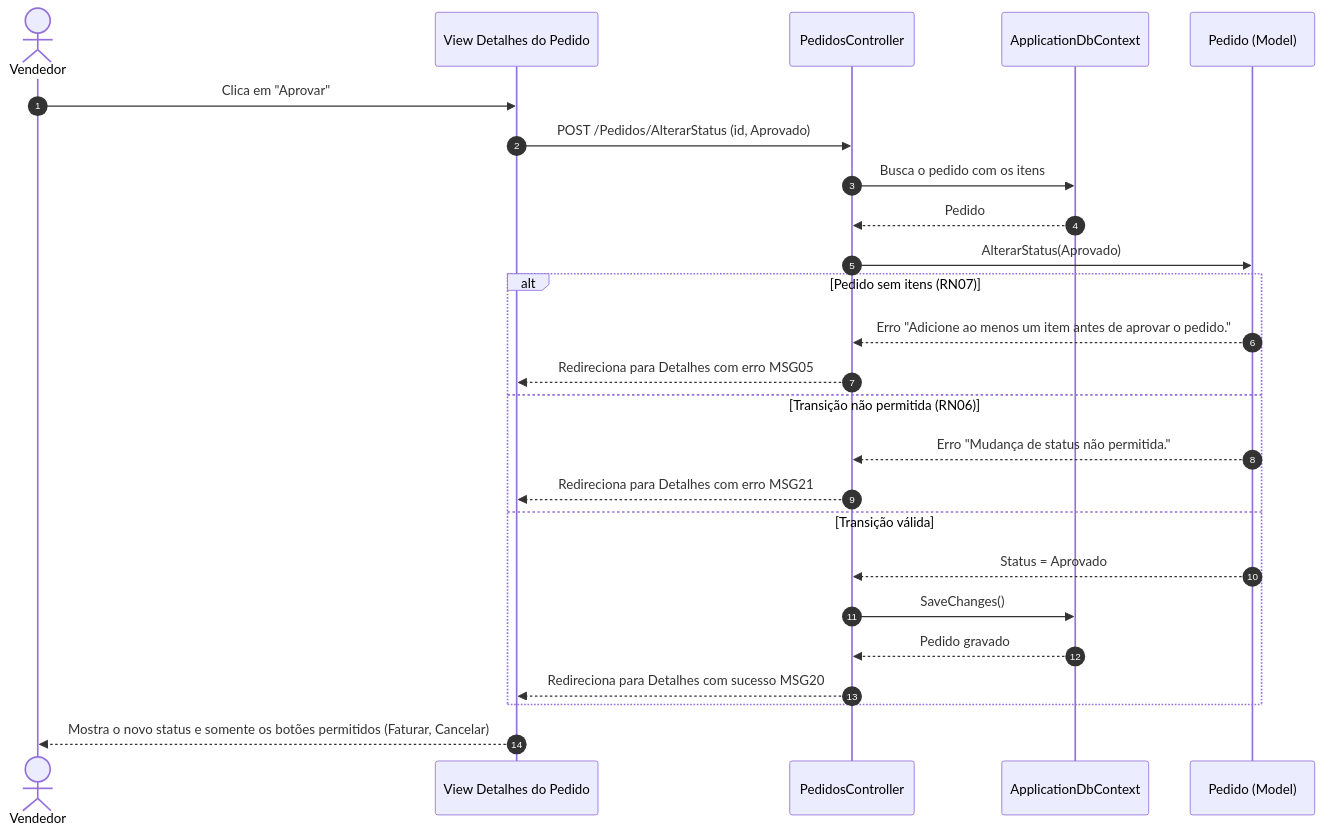
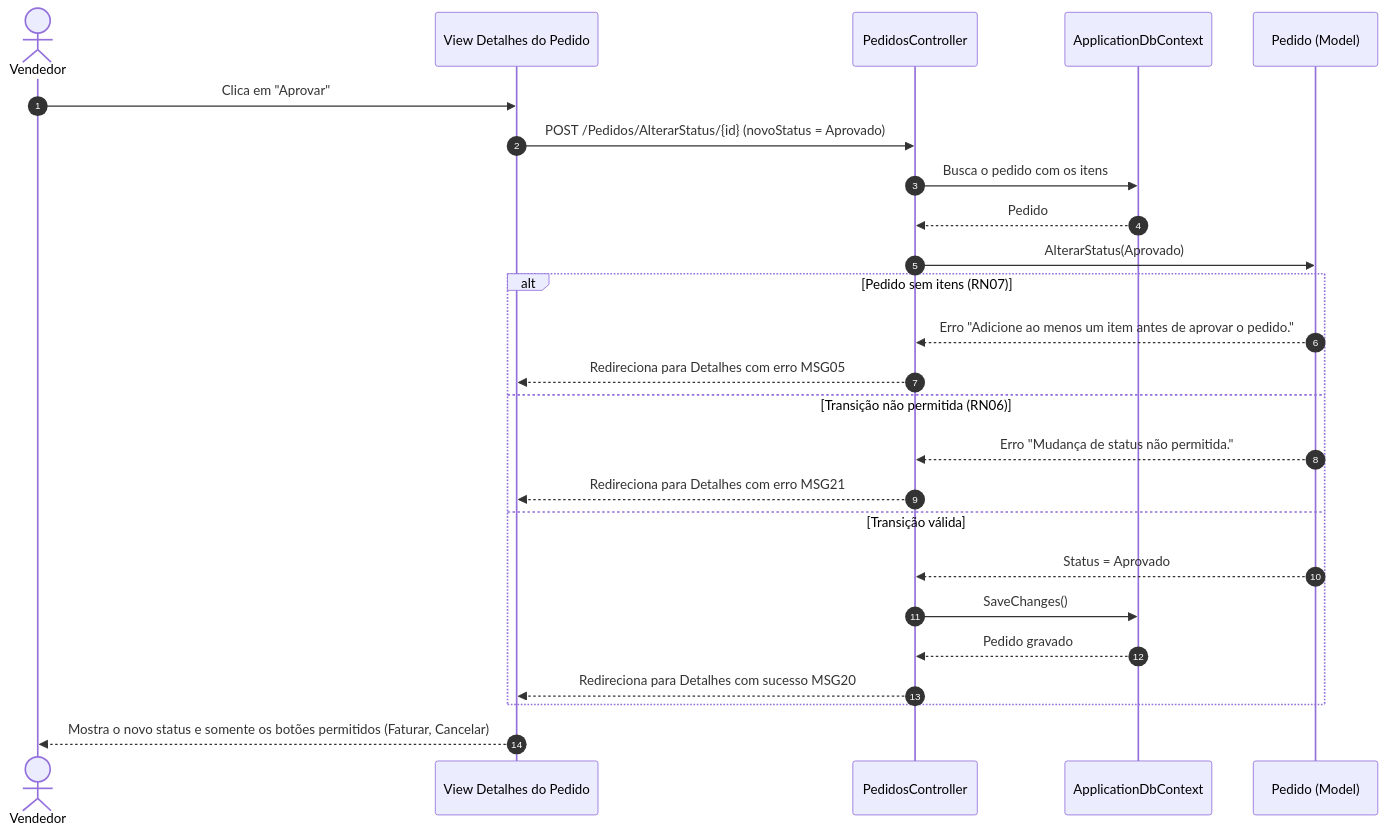
The second of 2 diagrams in docs/01-situacao-1-planejamento/03-uml/sequencia.md (Eduardo-Menzel/pedidofacil), drawn with Mermaid before and after one commit. The commit also changed other lines of this file and 70 other files, not shown here.

````diff
--- a/docs/01-situacao-1-planejamento/03-uml/sequencia.md
+++ b/docs/01-situacao-1-planejamento/03-uml/sequencia.md
@@ -45,30 +47,30 @@
 ```mermaid
 sequenceDiagram
     autonumber
     actor V as Vendedor
     participant T as View Detalhes do Pedido
     participant C as PedidosController
     participant DB as ApplicationDbContext
     participant P as Pedido (Model)
 
     V->>T: Clica em "Aprovar"
-    T->>C: POST /Pedidos/AlterarStatus (id, Aprovado)
+    T->>C: POST /Pedidos/AlterarStatus/{id} (novoStatus = Aprovado)
     C->>DB: Busca o pedido com os itens
     DB-->>C: Pedido
     C->>P: AlterarStatus(Aprovado)
 
     alt Pedido sem itens (RN07)
         P-->>C: Erro "Adicione ao menos um item antes de aprovar o pedido."
         C-->>T: Redireciona para Detalhes com erro MSG05
     else Transição não permitida (RN06)
         P-->>C: Erro "Mudança de status não permitida."
         C-->>T: Redireciona para Detalhes com erro MSG21
     else Transição válida
         P-->>C: Status = Aprovado
         C->>DB: SaveChanges()
         DB-->>C: Pedido gravado
         C-->>T: Redireciona para Detalhes com sucesso MSG20
     end
 
     T-->>V: Mostra o novo status e somente os botões permitidos (Faturar, Cancelar)
 ```
````
